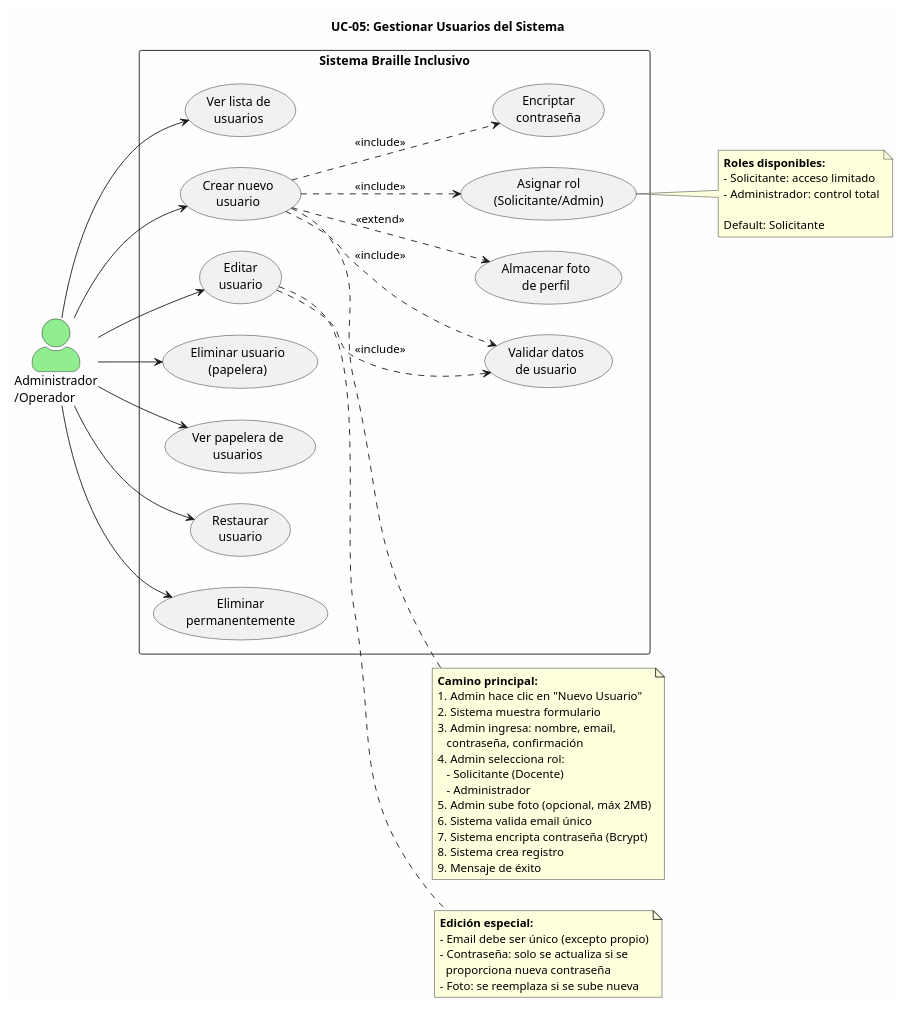
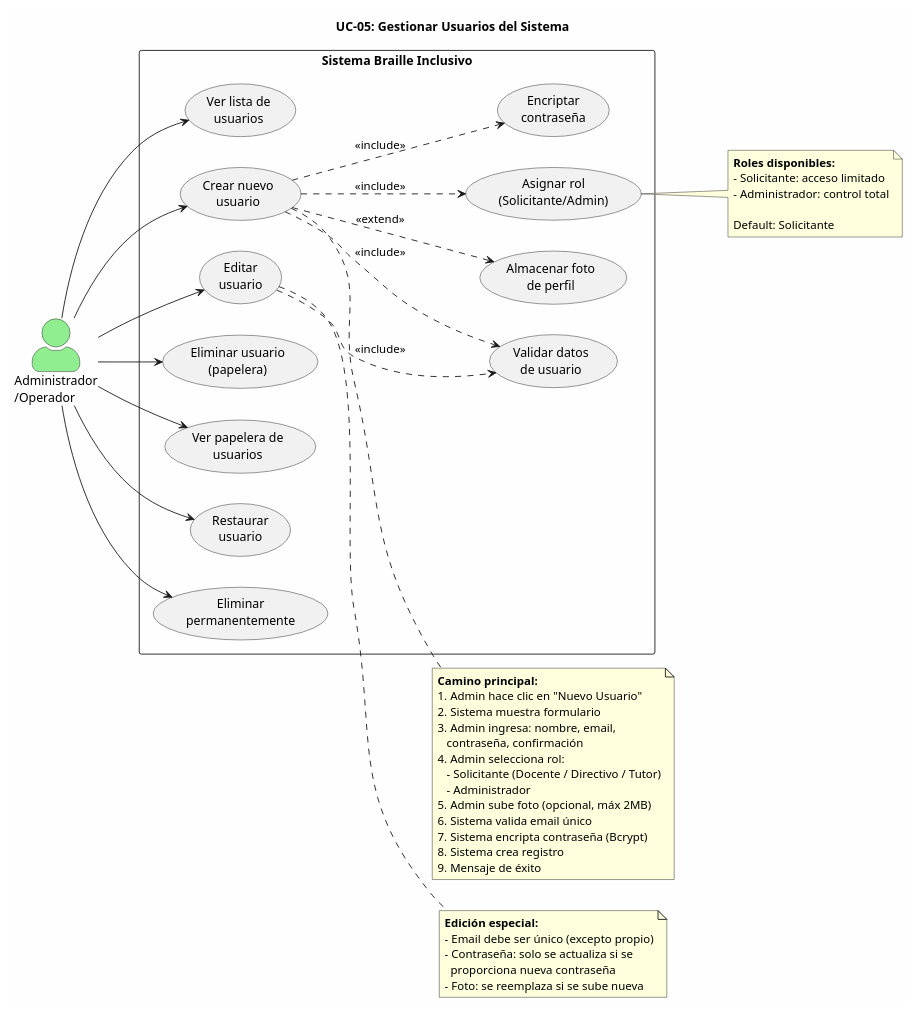
Before and after one commit to ArlTechDev/sistema-3d-inclusivo: the diagram in docs/casos_de_uso/plantuml/UC05_gestionar_usuarios.puml, drawn with PlantUML. The commit also changed 16 other files, not shown here.

Commit message:
docs: corregir fuentes PlantUML (Python→PHP, motores x4, UC-10, estados, ERD) y re-renderizar PNG; informe de consistencia 14

```diff
--- a/docs/casos_de_uso/plantuml/UC05_gestionar_usuarios.puml
+++ b/docs/casos_de_uso/plantuml/UC05_gestionar_usuarios.puml
@@ -1,84 +1,84 @@
 @startuml UC05_Gestionar_Usuarios
 ' =============================================
 ' UC-05: Gestionar Usuarios
 ' Módulo 1: Gestión de Usuarios
 ' Actor: Administrador/Operador
 ' =============================================
 
 left to right direction
 skinparam actorStyle awesome
 skinparam packageStyle rectangle
 skinparam backgroundColor #FEFEFE
 skinparam shadowing false
 
 title UC-05: Gestionar Usuarios del Sistema
 
 ' === ACTORES ===
 actor "Administrador\n/Operador" as A #LightGreen
 
 ' === SISTEMA ===
 rectangle "Sistema Braille Inclusivo" {
 
     usecase "Ver lista de\nusuarios" as UC05a
     usecase "Crear nuevo\nusuario" as UC05b
     usecase "Editar\nusuario" as UC05c
     usecase "Eliminar usuario\n(papelera)" as UC05d
     usecase "Ver papelera de\nusuarios" as UC05e
     usecase "Restaurar\nusuario" as UC05f
     usecase "Eliminar\npermanentemente" as UC05g
     usecase "Validar datos\nde usuario" as UC05h
     usecase "Asignar rol\n(Solicitante/Admin)" as UC05i
     usecase "Encriptar\ncontraseña" as UC05j
     usecase "Almacenar foto\nde perfil" as UC05k
 
 }
 
 ' === CONEXIONES ===
 A --> UC05a
 A --> UC05b
 A --> UC05c
 A --> UC05d
 A --> UC05e
 A --> UC05f
 A --> UC05g
 
 UC05b ..> UC05h : <<include>>
 UC05b ..> UC05i : <<include>>
 UC05b ..> UC05j : <<include>>
 UC05b ..> UC05k : <<extend>>
 UC05c ..> UC05h : <<include>>
 
 ' === NOTAS ===
 note right of UC05b
   **Camino principal:**
   1. Admin hace clic en "Nuevo Usuario"
   2. Sistema muestra formulario
   3. Admin ingresa: nombre, email,
      contraseña, confirmación
   4. Admin selecciona rol:
-     - Solicitante (Docente)
+     - Solicitante (Docente / Directivo / Tutor)
      - Administrador
   5. Admin sube foto (opcional, máx 2MB)
   6. Sistema valida email único
   7. Sistema encripta contraseña (Bcrypt)
   8. Sistema crea registro
   9. Mensaje de éxito
 end note
 
 note right of UC05c
   **Edición especial:**
   - Email debe ser único (excepto propio)
   - Contraseña: solo se actualiza si se
     proporciona nueva contraseña
   - Foto: se reemplaza si se sube nueva
 end note
 
 note right of UC05i
   **Roles disponibles:**
   - Solicitante: acceso limitado
   - Administrador: control total
 
   Default: Solicitante
 end note
 
 @enduml
```
